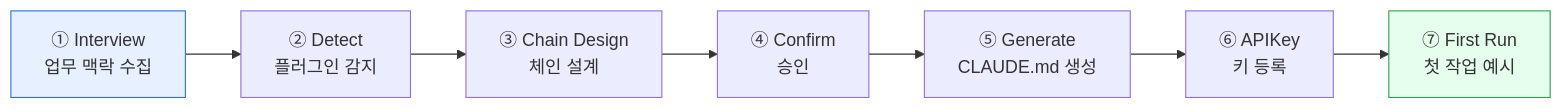
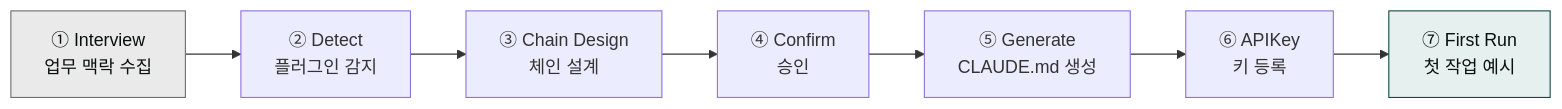
Before and after one commit to modu-ai/claude: the diagram in content/plugins/moai-core.md, drawn with Mermaid. The commit also changed 97 other files, not shown here.

First line of the commit message:
style(docs-site): mermaid 색상 브랜드 정합 + 라이트 테마 단일화

````diff
--- a/content/plugins/moai-core.md
+++ b/content/plugins/moai-core.md
@@ -48,12 +48,12 @@
 ```mermaid
 flowchart LR
     A["① Interview<br/>업무 맥락 수집"] --> B["② Detect<br/>플러그인 감지"]
     B --> C["③ Chain Design<br/>체인 설계"]
     C --> D["④ Confirm<br/>승인"]
     D --> E["⑤ Generate<br/>CLAUDE.md 생성"]
     E --> F["⑥ APIKey<br/>키 등록"]
     F --> G["⑦ First Run<br/>첫 작업 예시"]
 
-    style A fill:#e6f0ff,stroke:#3070d0
-    style G fill:#e6ffec,stroke:#30a050
+    style A fill:#eaeaea,stroke:#6e6e6e,color:#09110f
+    style G fill:#e6f0ef,stroke:#144a46,color:#09110f
 ```
````
